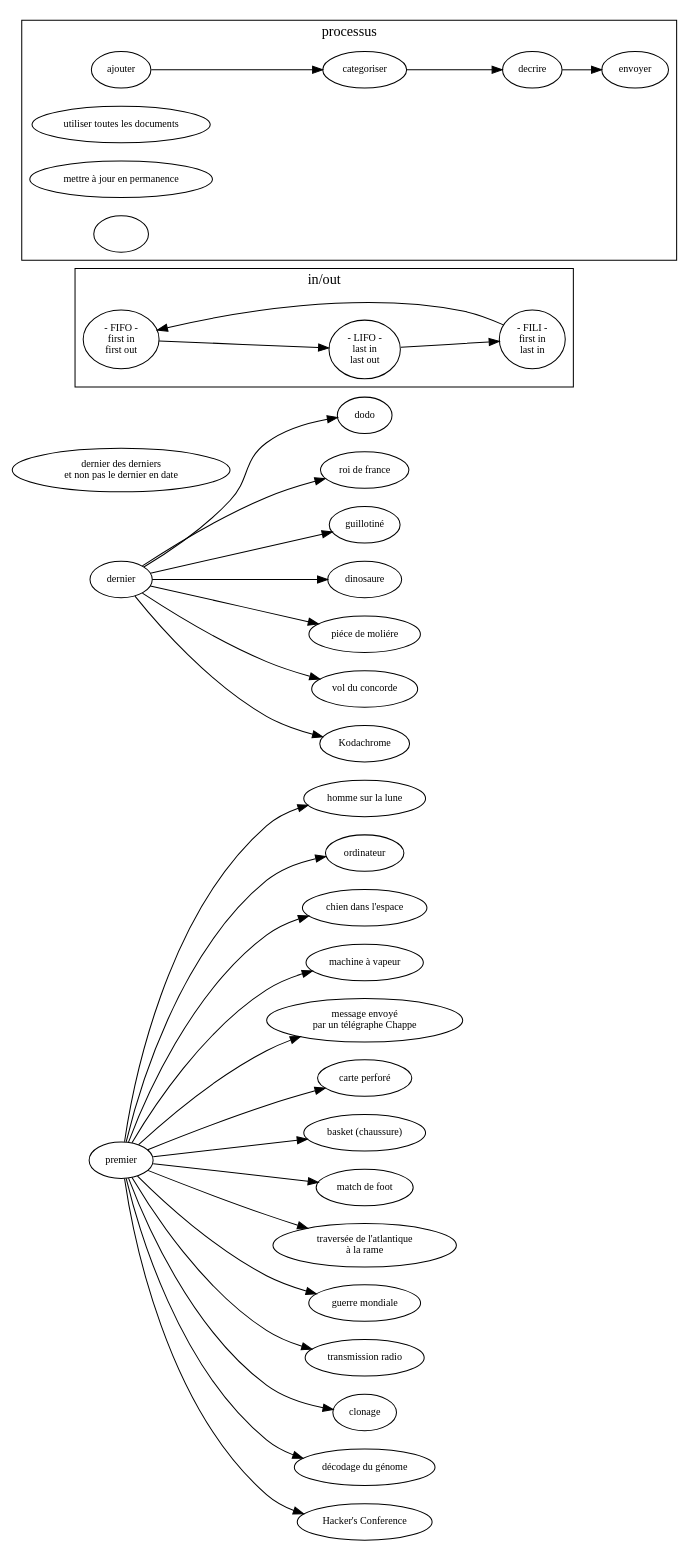
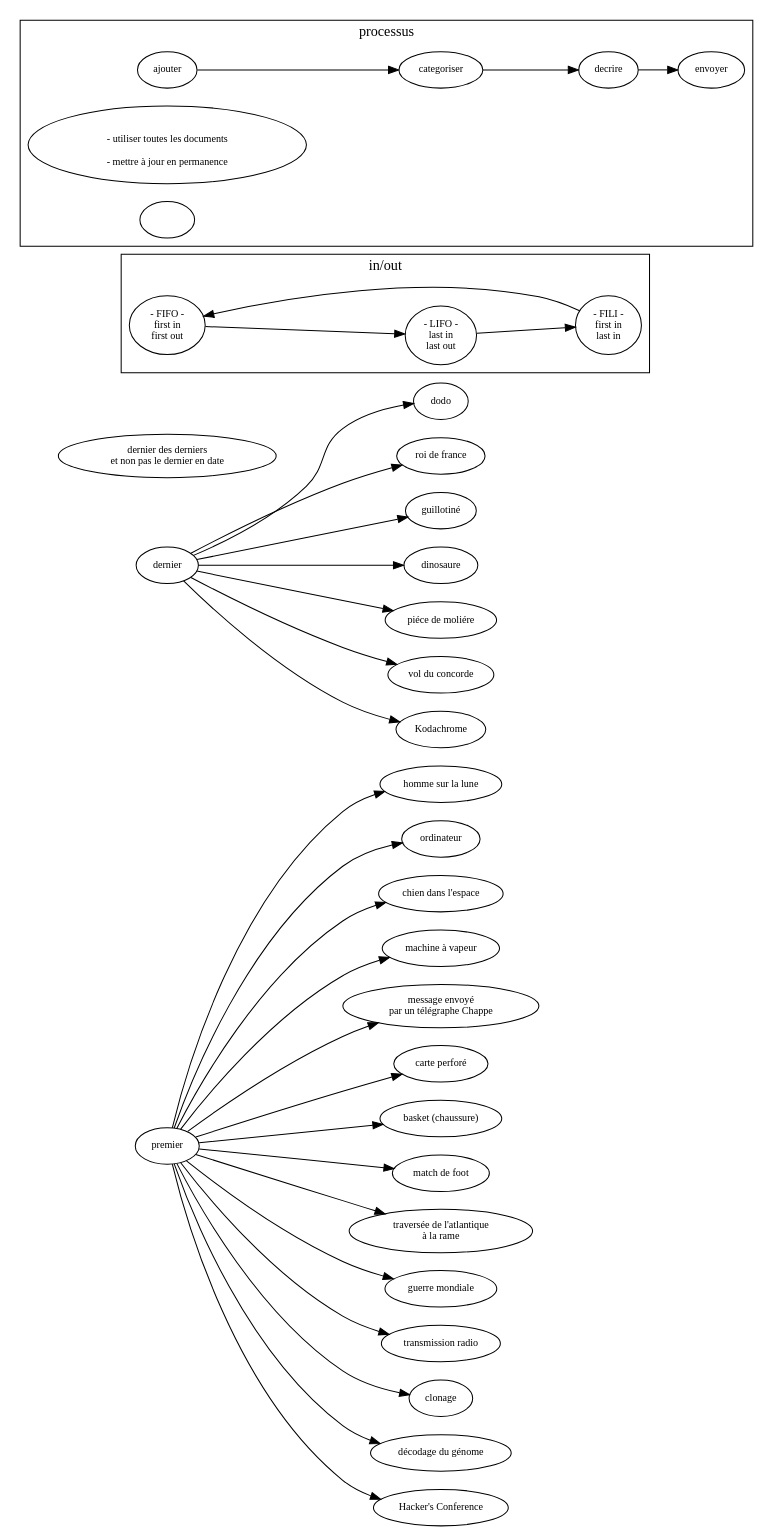
One commit to ensad-nancy/first-last changed the diagram in sujet.dot. Above: the diagram before and after it, drawn with Graphviz.

Commit message:
+		" +		- utiliser toutes les documents\n +		- mettre à jour en permanence"

```diff
--- a/sujet.dot
+++ b/sujet.dot
@@ -1,69 +1,66 @@
 digraph {
 
 	layout= "dot"
 	
 
 	fontname="myriadpro"
 	fontsize = 14
 	rankdir="LR"
 	
 	
 	node [fontname="myriadpro", fontsize = 10]
 	edge [fontname="monaco", fontsize = 9]
 	
 	first [label="premier"]
 	last [label="dernier"]
 	
 	"dernier des derniers\n et non pas le dernier en date" 
 
 	first -> "homme sur la lune"
 	first -> "ordinateur"
 	first -> "chien dans l'espace"
 	first -> "machine à vapeur"
 	first -> "message envoyé\npar un télégraphe Chappe"
 	first -> "carte perforé"
 	first -> "basket (chaussure)"
 	first -> "match de foot"
 	first -> "traversée de l'atlantique\nà la rame"
 	first -> "guerre mondiale"
 	first -> "transmission radio"
 	first -> "clonage"
 	first -> "décodage du génome"
 	first -> "Hacker's Conference"
 	
 	last -> dodo
 	last -> "roi de france"
 	last -> "guillotiné"
 	last -> "dinosaure"
 	last -> "piéce de moliére"
 	last -> "vol du concorde"
 	last -> "Kodachrome"
 
 	subgraph cluster_FO{
 	
 		label="in/out"
 		
 		FIFO [label="- FIFO -\nfirst in\nfirst out"]
 		LIFO [label="- LIFO -\nlast in\nlast out"]
 		FILI [label="- FILI -\nfirst in\n last in"]
 
 		FILI -> FIFO -> LIFO -> FILI
 	}
 	
 	subgraph cluster_process {
 		
 		label="processus"
 		
 		//get [label="récolter"]
 		
 		ajouter -> categoriser -> decrire -> envoyer
 		
-		"utiliser toutes les documents"
-		"mettre à jour en permanence"
+		"
+		- utiliser toutes les documents\n
+		- mettre à jour en permanence"
 		""
-		""
-		""""""""""
-	
 	}
-	
 }
```
